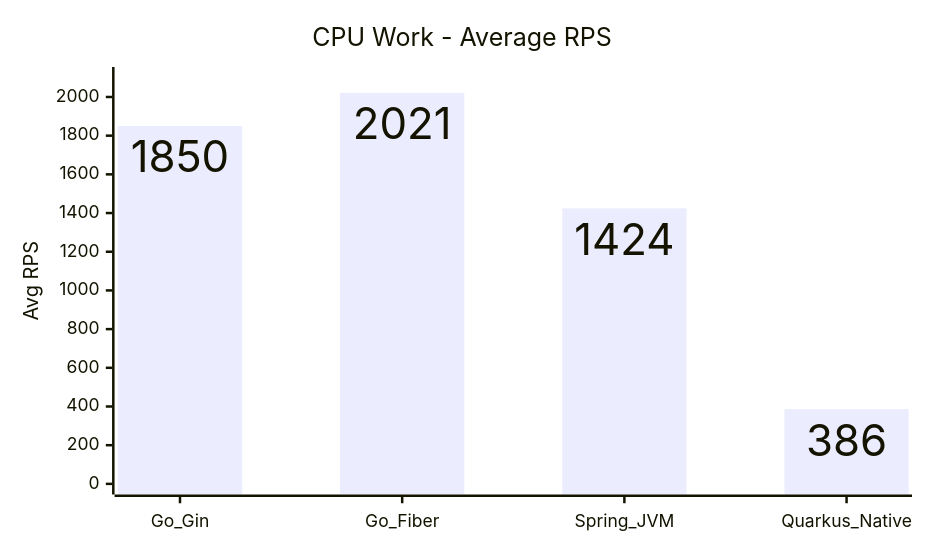
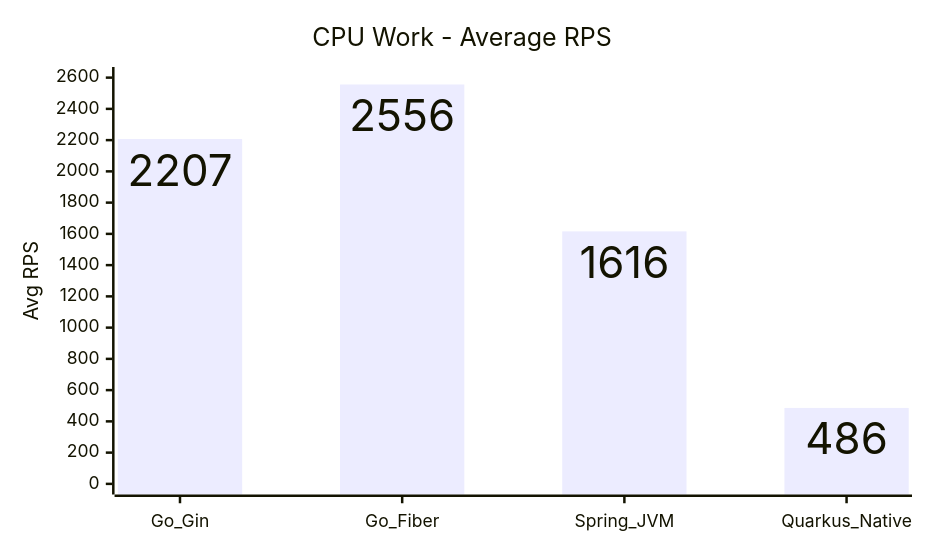
One commit to hiiamtin/go-vs-java changed the tenth of 15 diagrams in COMPARISON_REPORT.md. Above: the diagram before and after it, drawn with Mermaid. The commit also changed other lines of this file and 93 other files, not shown here.

````diff
--- a/COMPARISON_REPORT.md
+++ b/COMPARISON_REPORT.md
@@ -191,14 +191,14 @@
 ```mermaid
 ---
 config:
   xyChart:
     width: 720
     height: 420
     showDataLabel: true
 ---
 xychart
     title "CPU Work - Average RPS"
     x-axis [Go_Gin, Go_Fiber, Spring_JVM, Quarkus_Native]
-    y-axis "Avg RPS" 0 --> 2100
-    bar [1850, 2021, 1424, 386]
+    y-axis "Avg RPS" 0 --> 2600
+    bar [2207, 2556, 1616, 486]
 ```
````
